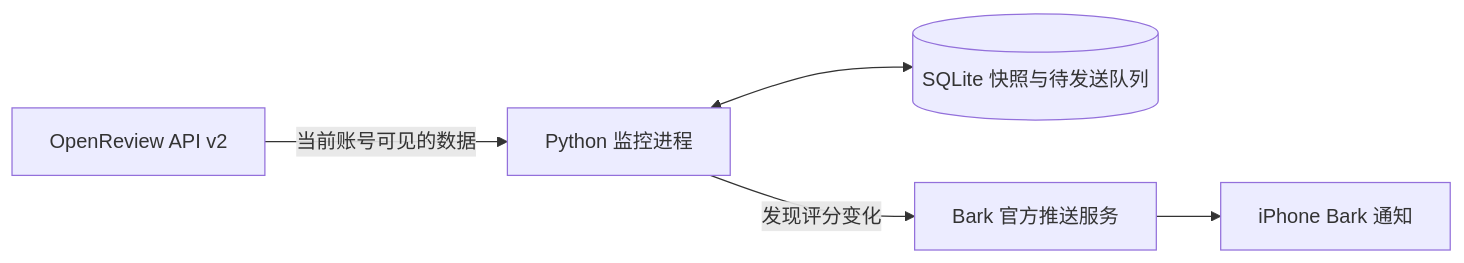
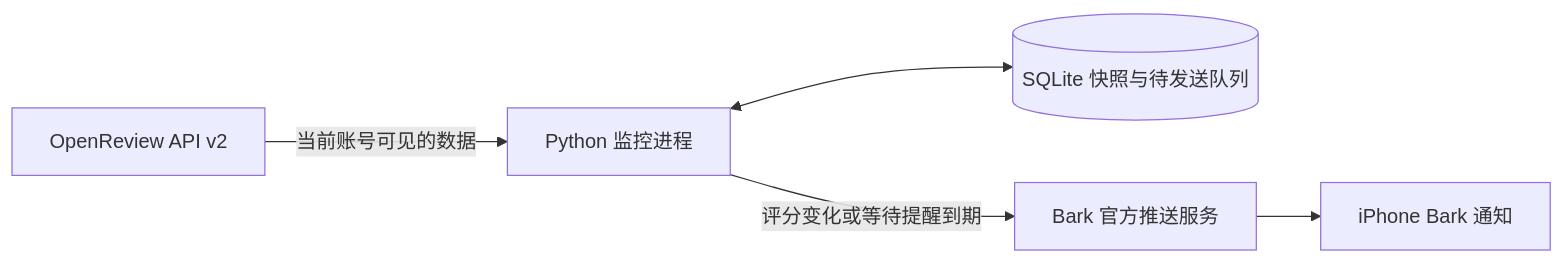
Before and after one commit to cristianhtvc/iclr-alert: the diagram in README.md, drawn with Mermaid. The commit also changed other lines of this file and 12 other files, not shown here.

````diff
--- a/README.md
+++ b/README.md
@@ -29,7 +30,7 @@
 ```mermaid
 flowchart LR
     A[OpenReview API v2] -->|当前账号可见的数据| B[Python 监控进程]
     B <--> C[(SQLite 快照与待发送队列)]
-    B -->|发现评分变化| D[Bark 官方推送服务]
+    B -->|评分变化或等待提醒到期| D[Bark 官方推送服务]
     D --> E[iPhone Bark 通知]
 ```
````
